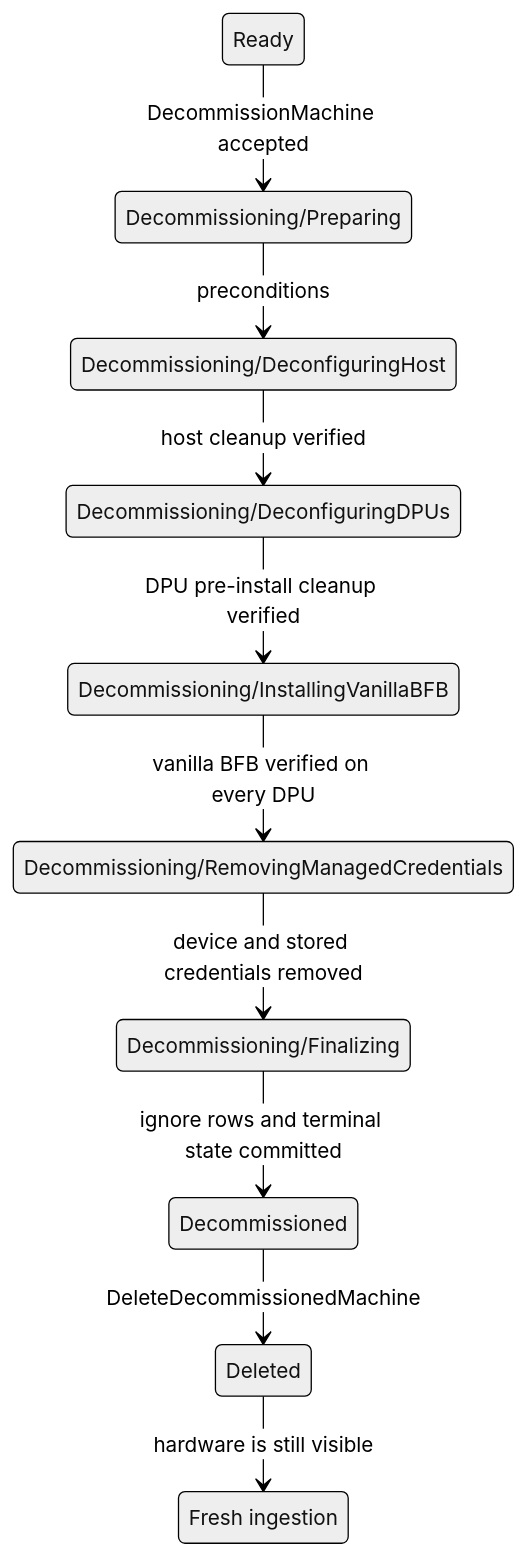
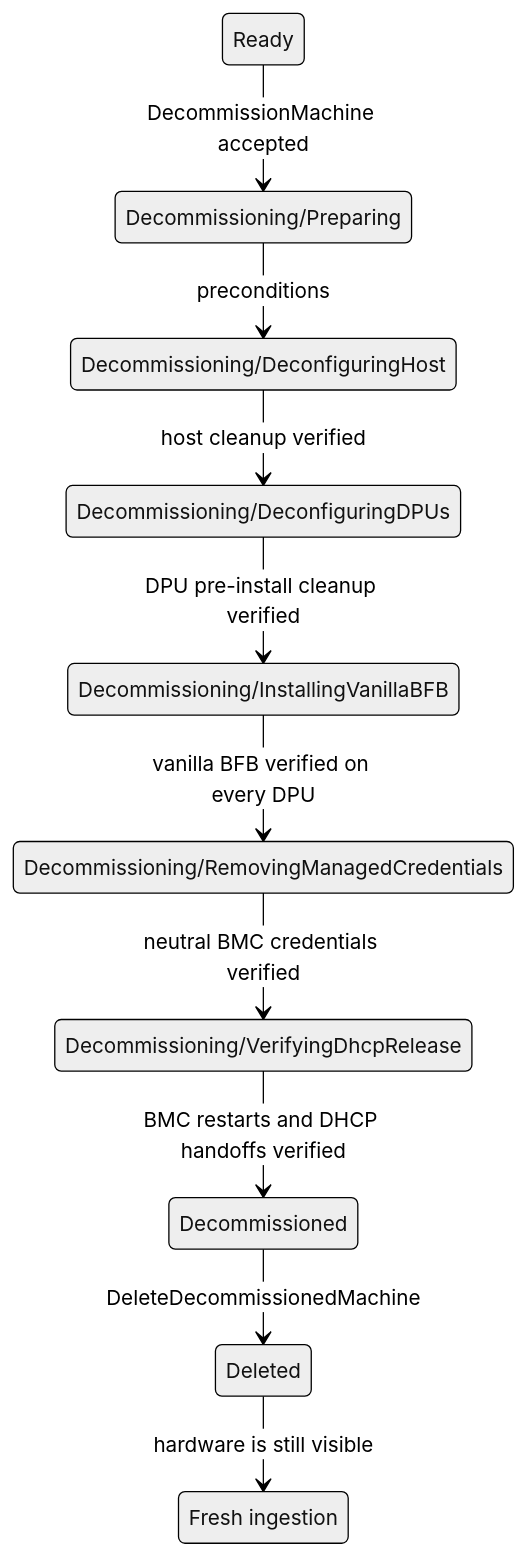
One commit to NVIDIA/bare-metal-manager-core changed the diagram in docs/design/decommissioning/managed-host-decommissioning.md. Above: the diagram before and after it, drawn with Mermaid (neutral theme). The commit also changed other lines of this file and 4 other files, not shown here.

Commit message:
verify DHCP release on the BMC end

````diff
--- a/docs/design/decommissioning/managed-host-decommissioning.md
+++ b/docs/design/decommissioning/managed-host-decommissioning.md
@@ -86,23 +87,23 @@
 ```mermaid
 stateDiagram-v2
     state "Ready" as Ready
     state "Decommissioning/Preparing" as Preparing
     state "Decommissioning/DeconfiguringHost" as DeconfiguringHost
     state "Decommissioning/DeconfiguringDPUs" as DeconfiguringDPUs
     state "Decommissioning/InstallingVanillaBFB" as InstallingVanillaBFB
     state "Decommissioning/RemovingManagedCredentials" as RemovingCredentials
-    state "Decommissioning/Finalizing" as Finalizing
+    state "Decommissioning/VerifyingDhcpRelease" as VerifyingDhcpRelease
     state "Decommissioned" as Decommissioned
     state "Deleted" as Deleted
     state "Fresh ingestion" as FreshIngestion
 
     Ready --> Preparing : DecommissionMachine accepted
     Preparing --> DeconfiguringHost : preconditions
     DeconfiguringHost --> DeconfiguringDPUs : host cleanup verified
     DeconfiguringDPUs --> InstallingVanillaBFB : DPU pre-install cleanup verified
     InstallingVanillaBFB --> RemovingCredentials : vanilla BFB verified on every DPU
-    RemovingCredentials --> Finalizing : device and stored credentials removed
-    Finalizing --> Decommissioned : ignore rows and terminal state committed
+    RemovingCredentials --> VerifyingDhcpRelease : neutral BMC credentials verified
+    VerifyingDhcpRelease --> Decommissioned : BMC restarts and DHCP handoffs verified
     Decommissioned --> Deleted : DeleteDecommissionedMachine
     Deleted --> FreshIngestion : hardware is still visible
 ```
````
